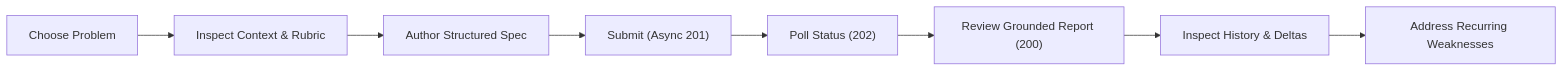
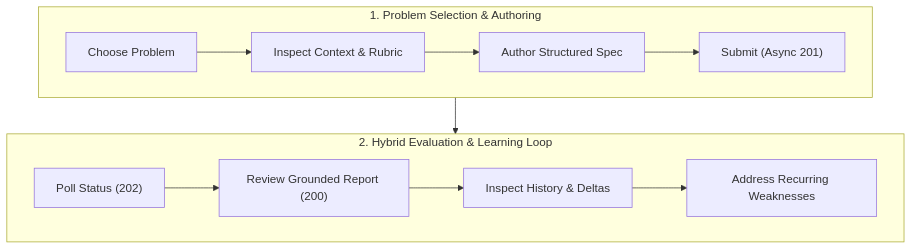
Before and after one commit to swarajladke/LLD-Practice-Platform: the diagram in docs/assets/user-flow.mmd, drawn with Mermaid. The commit also changed 11 other files, not shown here.

Commit message:
docs: diagram legibility, score scale fix, LaTeX removal, and updated PDFs

```diff
--- a/docs/assets/user-flow.mmd
+++ b/docs/assets/user-flow.mmd
@@ -1,8 +1,10 @@
-flowchart LR
-    A["Choose Problem"] --> B["Inspect Context & Rubric"]
-    B --> C["Author Structured Spec"]
-    C --> D["Submit (Async 201)"]
-    D --> E["Poll Status (202)"]
-    E --> F["Review Grounded Report (200)"]
-    F --> G["Inspect History & Deltas"]
-    G --> H["Address Recurring Weaknesses"]
+flowchart TD
+    subgraph S1 ["1. Problem Selection & Authoring"]
+        direction LR
+        A["Choose Problem"] --> B["Inspect Context & Rubric"] --> C["Author Structured Spec"] --> D["Submit (Async 201)"]
+    end
+    subgraph S2 ["2. Hybrid Evaluation & Learning Loop"]
+        direction LR
+        E["Poll Status (202)"] --> F["Review Grounded Report (200)"] --> G["Inspect History & Deltas"] --> H["Address Recurring Weaknesses"]
+    end
+    D --> E
```
